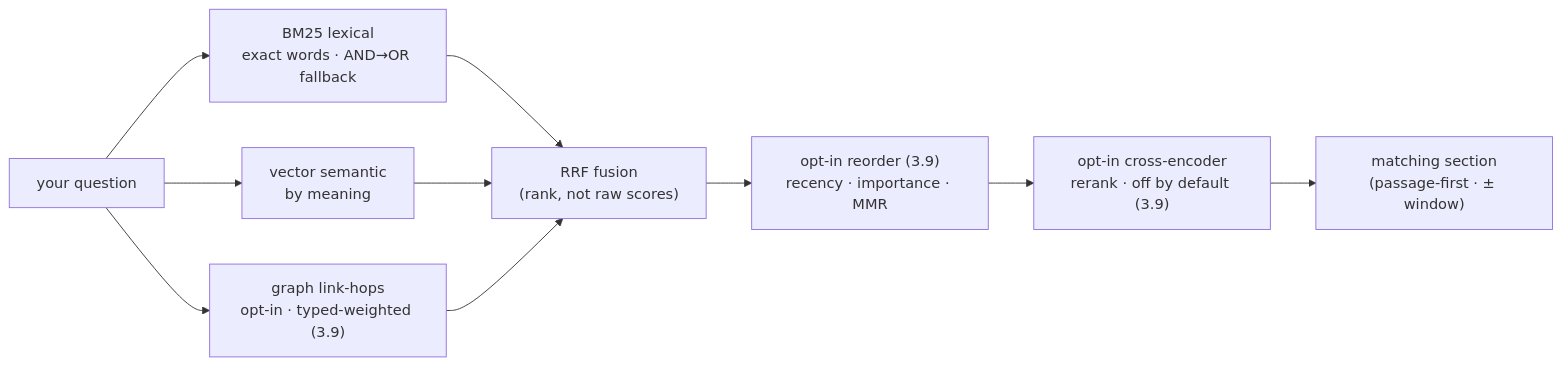
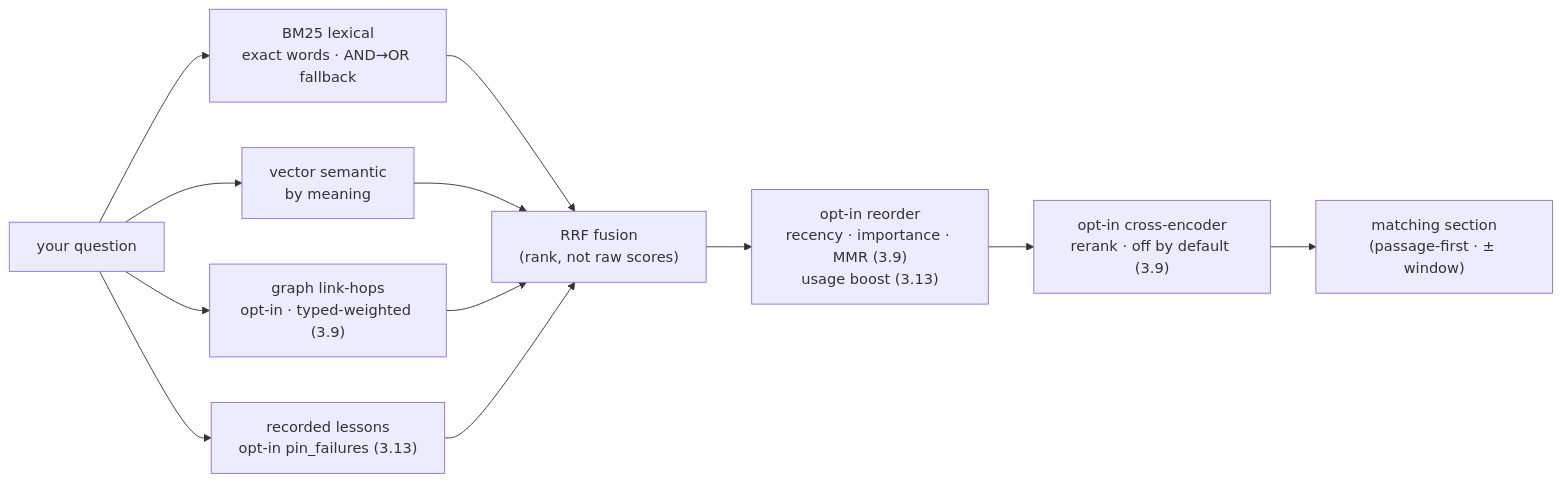
Before and after one commit to Vahlame/create-vkm-kit: the second of 14 diagrams in docs/en/how-it-works.md, drawn with Mermaid. The commit also changed other lines of this file and 10 other files, not shown here.

````diff
--- a/docs/en/how-it-works.md
+++ b/docs/en/how-it-works.md
@@ -140,12 +140,14 @@
 ```mermaid
 flowchart LR
   Q["your question"] --> L["BM25 lexical<br/>exact words · AND→OR fallback"]
   Q --> S["vector semantic<br/>by meaning"]
   Q --> G["graph link-hops<br/>opt-in · typed-weighted (3.9)"]
+  Q --> X["recorded lessons<br/>opt-in pin_failures (3.13)"]
   L --> F["RRF fusion<br/>(rank, not raw scores)"]
   S --> F
   G --> F
-  F --> B["opt-in reorder (3.9)<br/>recency · importance · MMR"]
+  X --> F
+  F --> B["opt-in reorder<br/>recency · importance · MMR (3.9)<br/>usage boost (3.13)"]
   B --> R["opt-in cross-encoder<br/>rerank · off by default (3.9)"]
   R --> P["matching section<br/>(passage-first · ± window)"]
 ```
````
